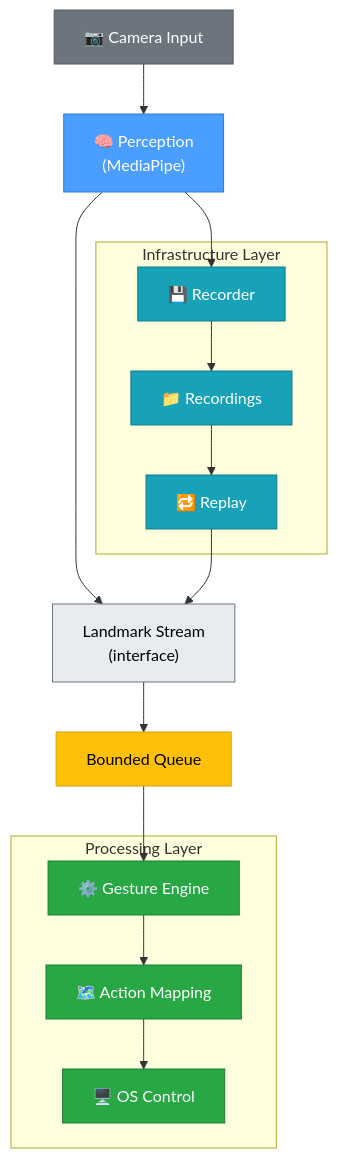
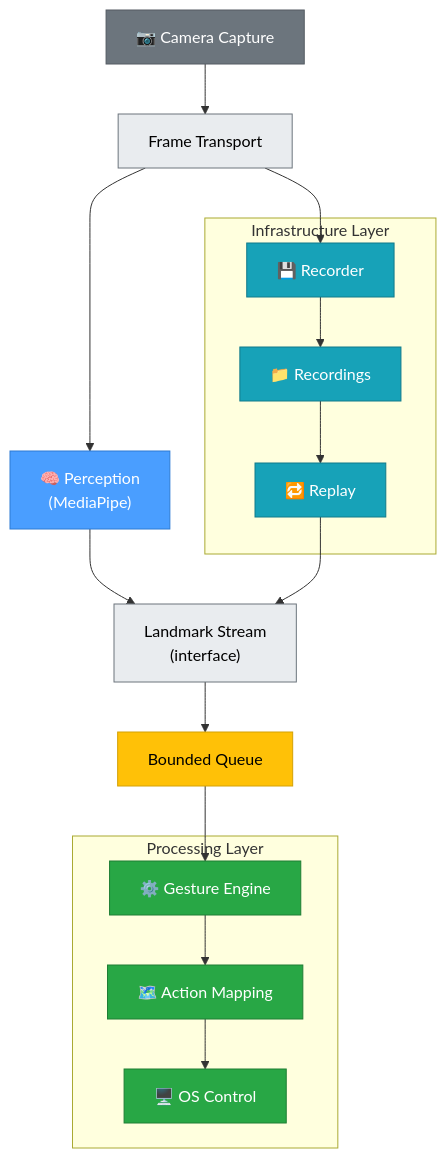
One commit to Varun2526/AirOs changed the second of 2 diagrams in docs/architecture.md. Above: the diagram before and after it, drawn with Mermaid. The commit also changed other lines of this file, not shown here.

Commit message:
docs: update architecture diagrams and documentation to reflect decoupled Recorder and Frame Transport logic

````diff
--- a/docs/architecture.md
+++ b/docs/architecture.md
@@ -41,39 +42,42 @@
 ```mermaid
 graph TD
-    CAM["📷 Camera Input"] --> PERC["🧠 Perception<br/>(MediaPipe)"]
+    CAM["📷 Camera Capture"] --> FT["Frame Transport"]
 
-    PERC --> REC["💾 Recorder"]
+    FT --> PERC["🧠 Perception<br/>(MediaPipe)"]
+    FT --> REC["💾 Recorder"]
+    
     PERC --> LS["Landmark Stream<br/>(interface)"]
 
     REC --> DISK["📁 Recordings"]
     DISK --> REPLAY["🔁 Replay"]
     REPLAY --> LS
 
     LS --> QUEUE["Bounded Queue"]
     QUEUE --> GE["⚙️ Gesture Engine"]
     GE --> AM["🗺️ Action Mapping"]
     AM --> OS["🖥️ OS Control"]
 
     subgraph Infrastructure Layer
         REC
         DISK
         REPLAY
     end
 
     subgraph Processing Layer
         GE
         AM
         OS
     end
 
     style CAM fill:#6c757d,stroke:#545b62,color:#fff
+    style FT fill:#e9ecef,stroke:#6c757d,color:#000
     style PERC fill:#4a9eff,stroke:#2d7ad4,color:#fff
     style LS fill:#e9ecef,stroke:#6c757d,color:#000
     style REC fill:#17a2b8,stroke:#117a8b,color:#fff
     style DISK fill:#17a2b8,stroke:#117a8b,color:#fff
     style REPLAY fill:#17a2b8,stroke:#117a8b,color:#fff
     style QUEUE fill:#ffc107,stroke:#d4a106,color:#000
     style GE fill:#28a745,stroke:#1e7e34,color:#fff
     style AM fill:#28a745,stroke:#1e7e34,color:#fff
     style OS fill:#28a745,stroke:#1e7e34,color:#fff
 ```
````
